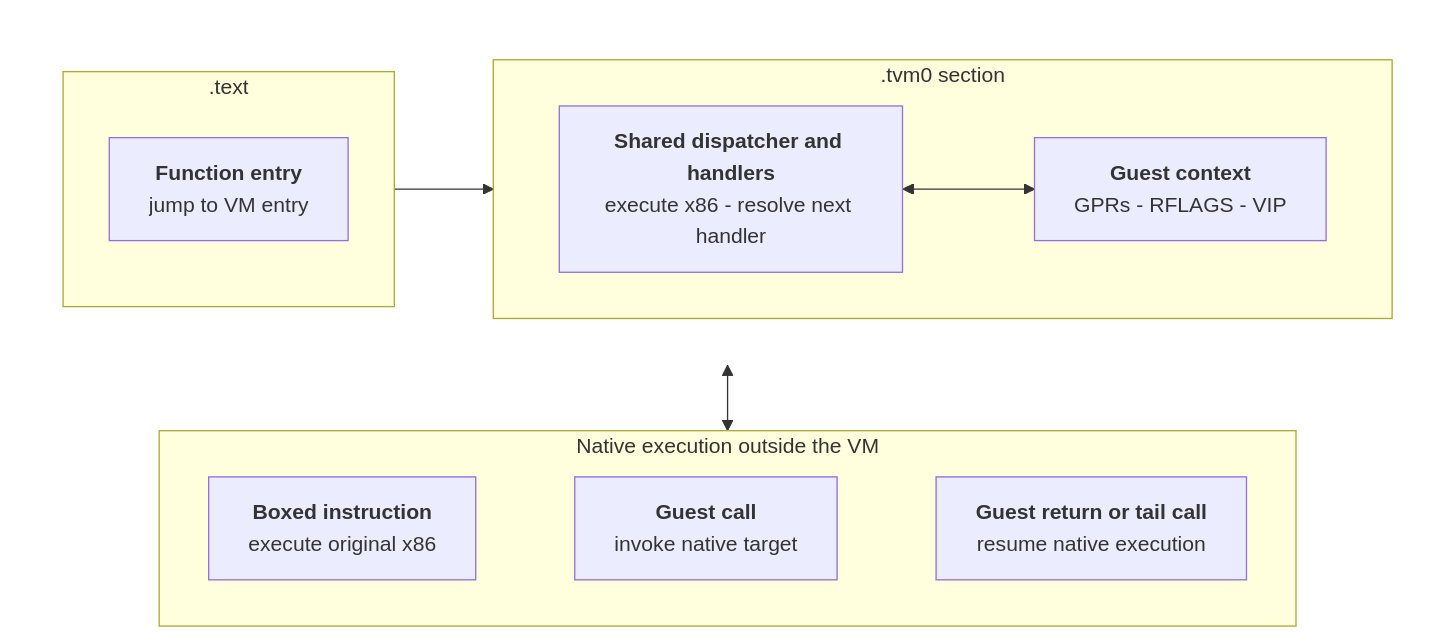
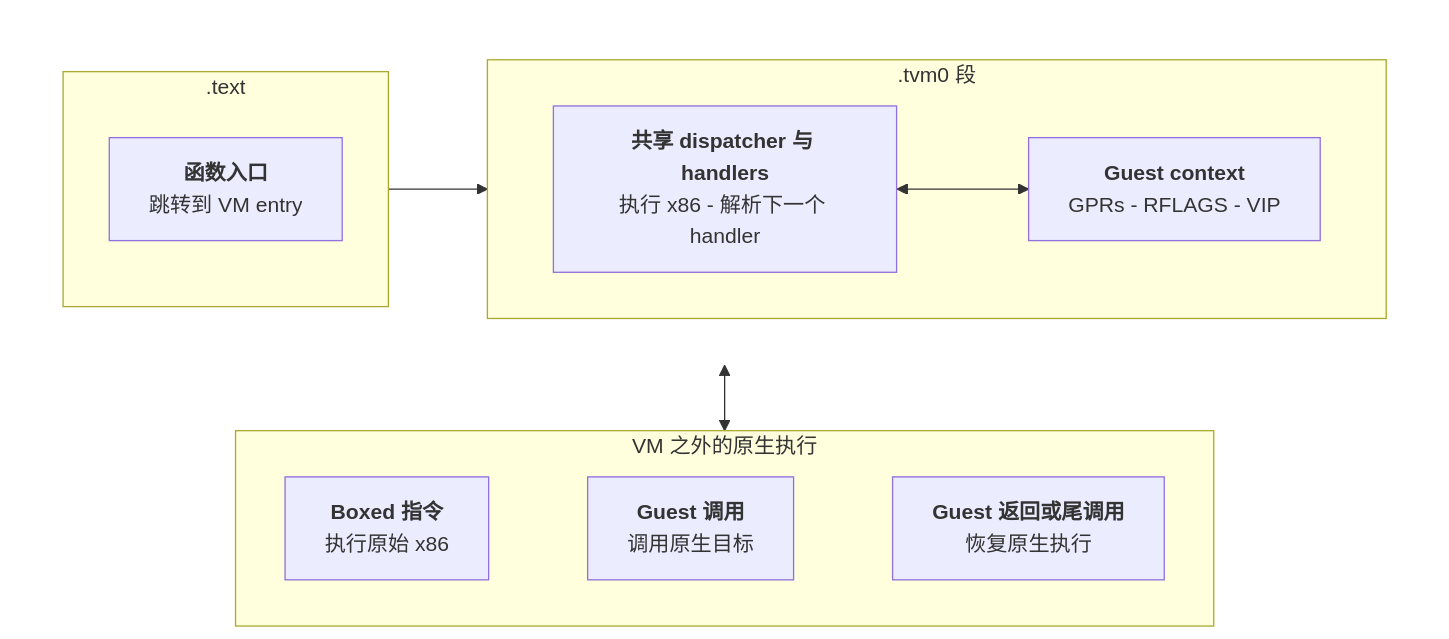
Before and after one commit to NeuroSaki987/tvm-recover: the diagram in README.md, drawn with Mermaid. The commit also changed other lines of this file and 2 other files, not shown here.

````diff
--- a/README.md
+++ b/README.md
@@ -138,30 +170,30 @@
 ```mermaid
 flowchart TB
     subgraph TOP[ ]
         direction LR
 
         subgraph TEXT[.text]
-            ENTRY["<b>Function entry</b><br/>jump to VM entry"]
+            ENTRY["<b>函数入口</b><br/>跳转到 VM entry"]
         end
 
-        subgraph VM[.tvm0 section]
+        subgraph VM[.tvm0 段]
             direction LR
-            CORE["<b>Shared dispatcher and handlers</b><br/>execute x86 - resolve next handler"]
+            CORE["<b>共享 dispatcher 与 handlers</b><br/>执行 x86 - 解析下一个 handler"]
             CTX["<b>Guest context</b><br/>GPRs - RFLAGS - VIP"]
             CORE <--> CTX
         end
     end
 
-    subgraph NATIVE[Native execution outside the VM]
+    subgraph NATIVE[VM 之外的原生执行]
         direction LR
-        BOXED["<b>Boxed instruction</b><br/>execute original x86"]
-        CALL["<b>Guest call</b><br/>invoke native target"]
-        EXIT["<b>Guest return or tail call</b><br/>resume native execution"]
+        BOXED["<b>Boxed 指令</b><br/>执行原始 x86"]
+        CALL["<b>Guest 调用</b><br/>调用原生目标"]
+        EXIT["<b>Guest 返回或尾调用</b><br/>恢复原生执行"]
         BOXED ~~~ CALL ~~~ EXIT
     end
 
     TEXT --> VM
     VM <--> NATIVE
 
     style TOP fill:transparent,stroke:transparent
 ```
````
